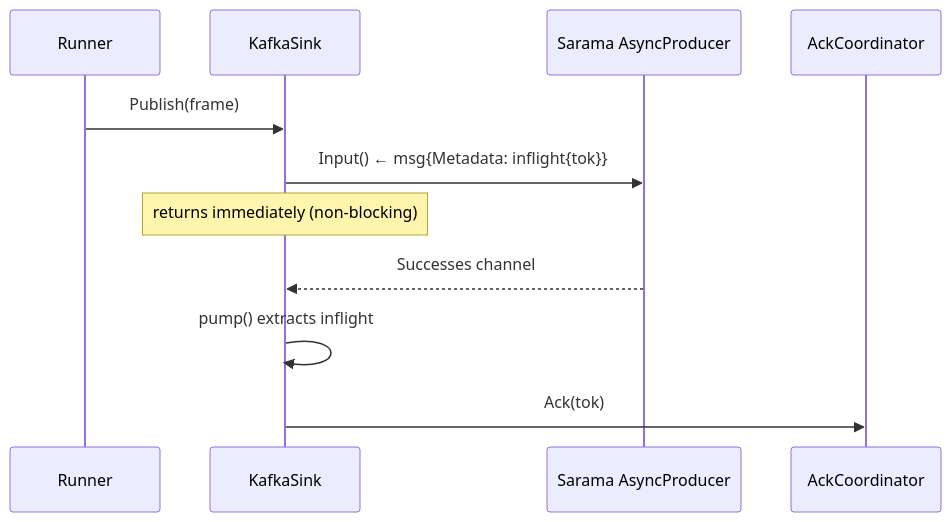
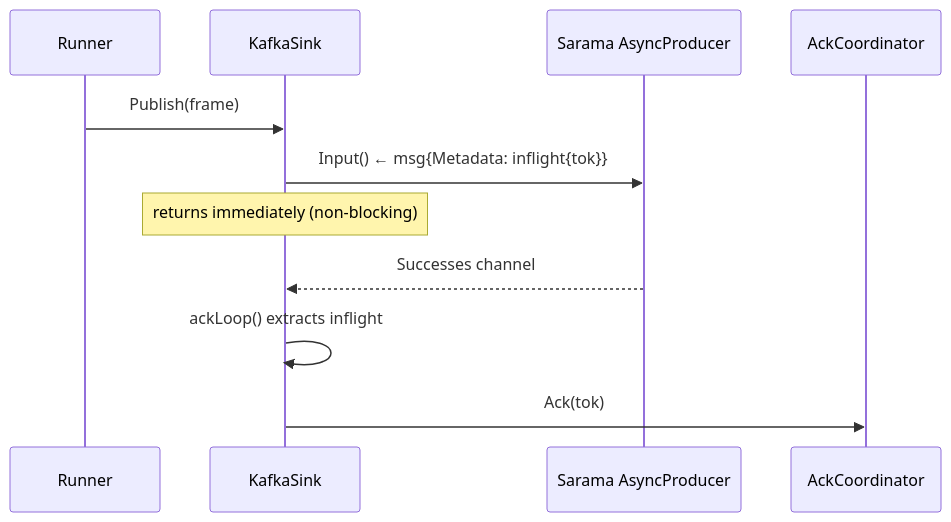
The diagram in docs/specs/sink.md (mohsanabbas/quanta), drawn with Mermaid before and after one commit. The commit also changed other lines of this file and 38 other files, not shown here.

````diff
--- a/docs/specs/sink.md
+++ b/docs/specs/sink.md
@@ -51,15 +51,15 @@
 ```mermaid
 sequenceDiagram
   participant Runner
   participant KafkaSink
   participant AsyncProducer as Sarama AsyncProducer
   participant Coordinator as AckCoordinator
 
   Runner->>KafkaSink: Publish(frame)
   KafkaSink->>AsyncProducer: Input() ← msg{Metadata: inflight{tok}}
   Note over KafkaSink: returns immediately (non-blocking)
 
   AsyncProducer-->>KafkaSink: Successes channel
-  KafkaSink->>KafkaSink: pump() extracts inflight
+  KafkaSink->>KafkaSink: ackLoop() extracts inflight
   KafkaSink->>Coordinator: Ack(tok)
 ```
````
